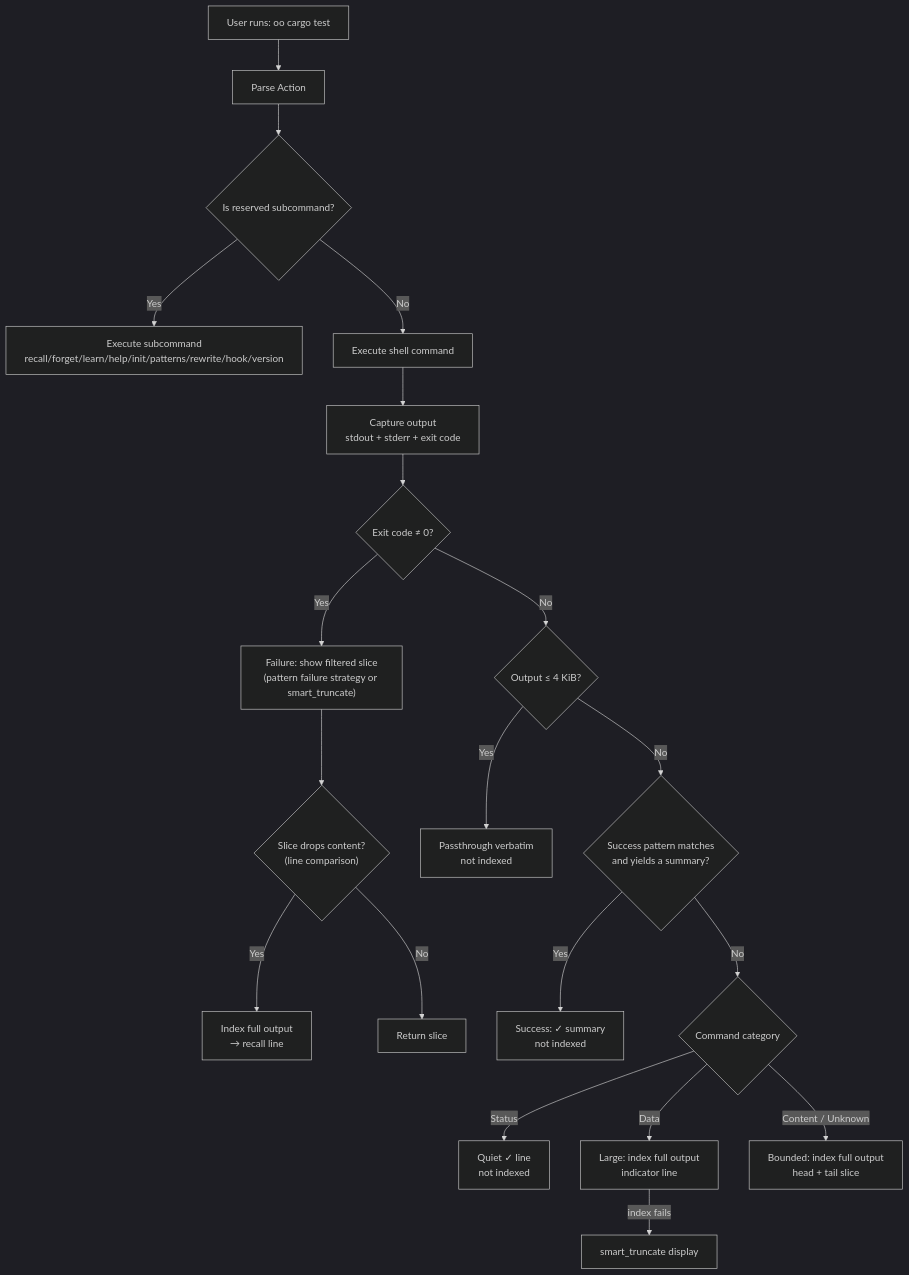
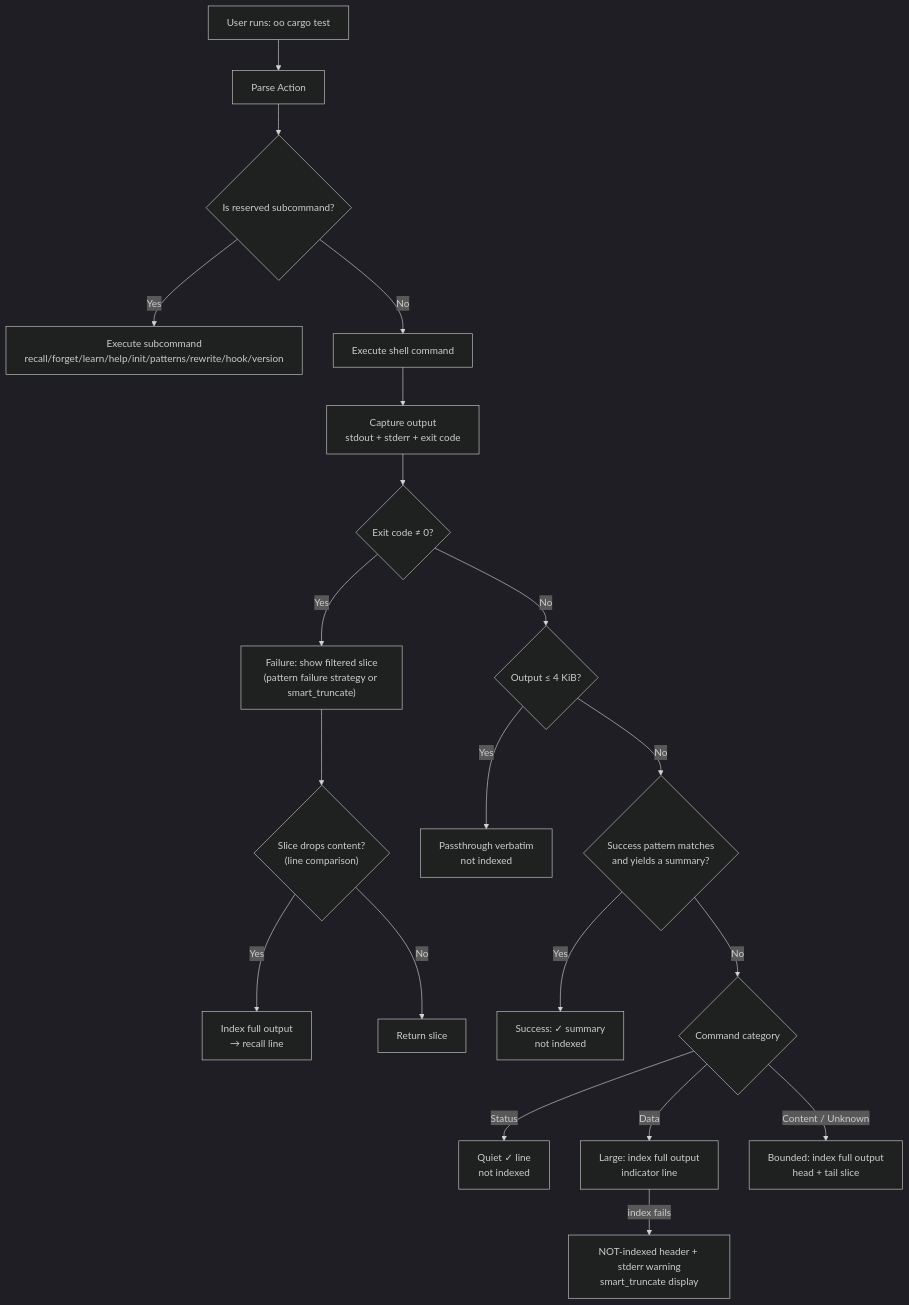
Before and after one commit to randomm/oo: the diagram in docs/architecture.md, drawn with Mermaid (dark theme). The commit also changed other lines of this file and 8 other files, not shown here.

````diff
--- a/docs/architecture.md
+++ b/docs/architecture.md
@@ -9,22 +9,22 @@
 ```mermaid
 flowchart TD
     A[User runs: oo cargo test] --> B[Parse Action]
     B --> C{Is reserved subcommand?}
     C -->|Yes| D[Execute subcommand<br/>recall/forget/learn/help/init/patterns/rewrite/hook/version]
     C -->|No| E[Execute shell command]
     E --> F[Capture output<br/>stdout + stderr + exit code]
     F --> X{Exit code ≠ 0?}
     X -->|Yes| FL["Failure: show filtered slice<br/>(pattern failure strategy or smart_truncate)"]
     FL --> FI{"Slice drops content?<br/>(line comparison)"}
     FI -->|Yes| FX["Index full output<br/>→ recall line"]
     FI -->|No| FN[Return slice]
     X -->|No| S{"Output ≤ 4 KiB?"}
     S -->|Yes| P["Passthrough verbatim<br/>not indexed"]
     S -->|No| G{"Success pattern matches<br/>and yields a summary?"}
     G -->|Yes| SU["Success: ✓ summary<br/>not indexed"]
     G -->|No| J{Command category}
     J -->|Status| ST["Quiet ✓ line<br/>not indexed"]
     J -->|Data| LA["Large: index full output<br/>indicator line"]
-    LA -->|index fails| LT["smart_truncate display"]
+    LA -->|index fails| LT["NOT-indexed header + stderr warning<br/>smart_truncate display"]
     J -->|Content / Unknown| BO["Bounded: index full output<br/>head + tail slice"]
 ```
````
